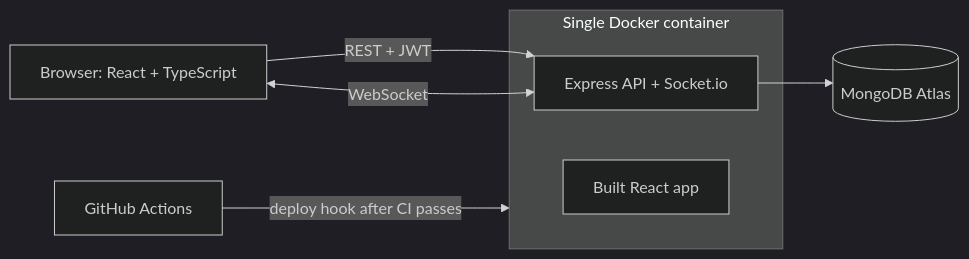
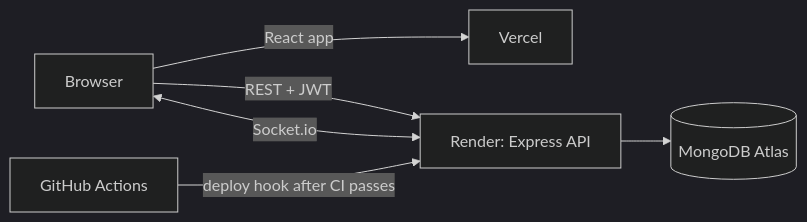
The diagram in README.md (eka404/Multi_Tenant), drawn with Mermaid (dark theme) before and after one commit. The commit also changed other lines of this file and 1 other file, not shown here.

````diff
--- a/README.md
+++ b/README.md
@@ -32,11 +36,8 @@
 ```mermaid
 flowchart LR
-    U[Browser: React + TypeScript] -->|REST + JWT| A
-    U <-->|WebSocket| A
-    subgraph C[Single Docker container]
-        A[Express API + Socket.io]
-        S[Built React app]
-    end
-    A --> D[(MongoDB Atlas)]
-    G[GitHub Actions] -->|deploy hook after CI passes| C
+    U[Browser] -->|React app| V[Vercel]
+    U -->|REST + JWT| R[Render: Express API]
+    U <-->|Socket.io| R
+    R --> D[(MongoDB Atlas)]
+    G[GitHub Actions] -->|deploy hook after CI passes| R
 ```
````
